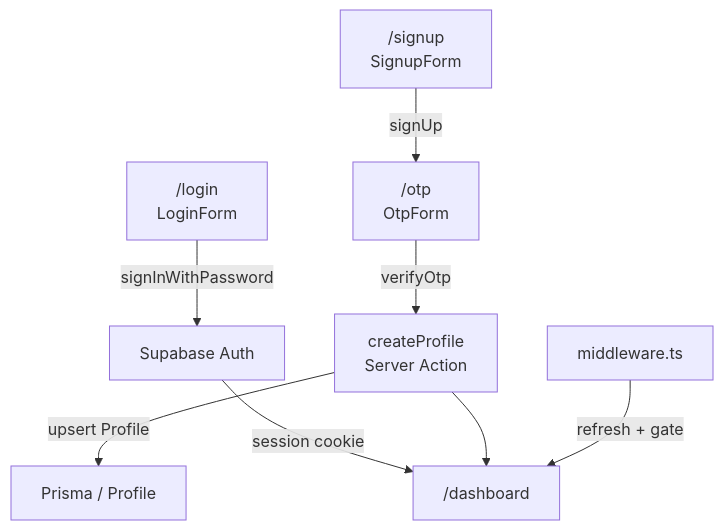
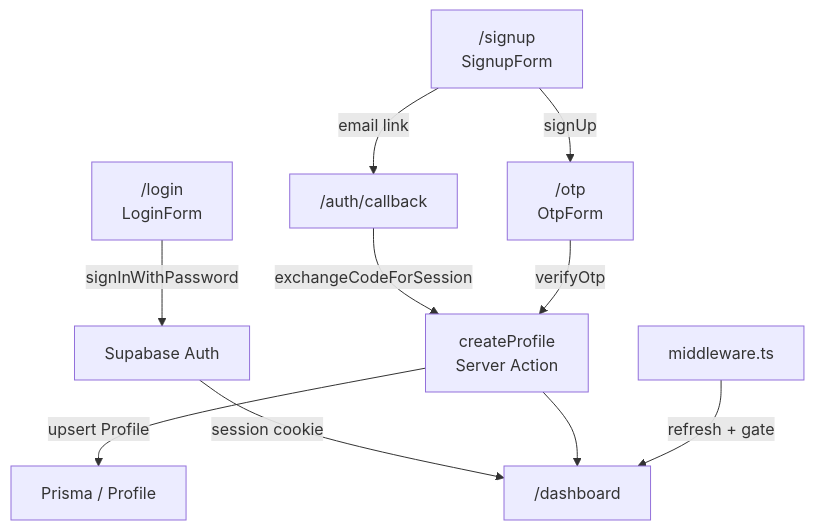
One commit to jose-codegourmet/fe-multi-web-template changed the diagram in apps/admin/docs/architecture.md. Above: the diagram before and after it, drawn with Mermaid. The commit also changed other lines of this file and 6 other files, not shown here.

First line of the commit message:
fix(admin): add /auth/callback for signup email confirmation (#83)

````diff
--- a/apps/admin/docs/architecture.md
+++ b/apps/admin/docs/architecture.md
@@ -9,10 +9,12 @@
 ```mermaid
 flowchart TD
     LOGIN["/login\nLoginForm"] -->|signInWithPassword| SERVER["Supabase Auth"]
     SIGNUP["/signup\nSignupForm"] -->|signUp| OTP["/otp\nOtpForm"]
-    OTP -->|verifyOtp| CREATE_PROFILE["createProfile\nServer Action"]
+    SIGNUP -->|email link| CALLBACK["/auth/callback"]
+    CALLBACK -->|exchangeCodeForSession| CREATE_PROFILE["createProfile\nServer Action"]
+    OTP -->|verifyOtp| CREATE_PROFILE
     CREATE_PROFILE -->|upsert Profile| PRISMA["Prisma / Profile"]
     SERVER -->|session cookie| DASHBOARD["/dashboard"]
     CREATE_PROFILE --> DASHBOARD
     MIDDLEWARE["middleware.ts"] -->|refresh + gate| DASHBOARD
 ```
````
